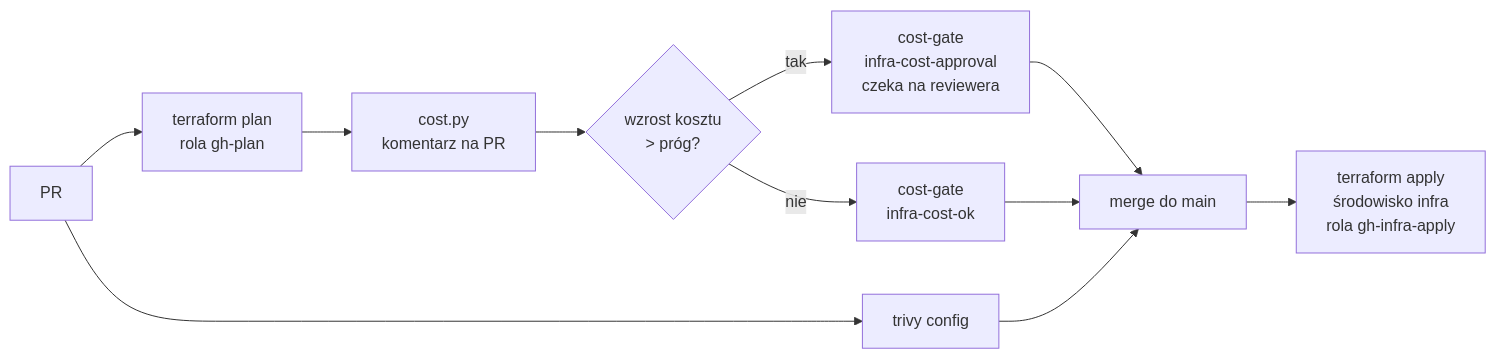
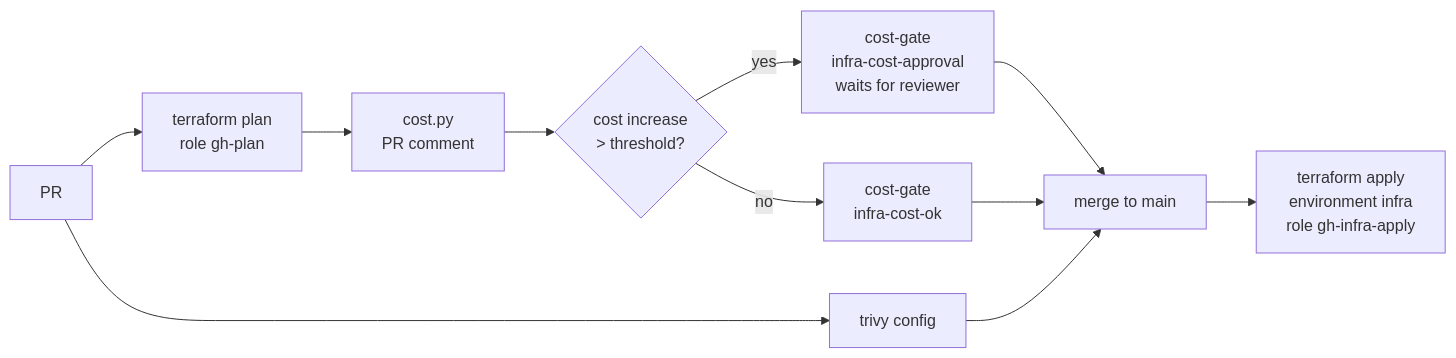
Before and after one commit to marcinbator/ecs-supply-chain: the third of 4 diagrams in docs/architecture.md, drawn with Mermaid. The commit also changed other lines of this file and 6 other files, not shown here.

````diff
--- a/docs/architecture.md
+++ b/docs/architecture.md
@@ -57,8 +57,8 @@
 ```mermaid
 flowchart LR
-  P[PR] --> plan[terraform plan<br>rola gh-plan] --> cost[cost.py<br>komentarz na PR] --> gate{wzrost kosztu<br>> próg?}
-  gate -->|tak| ap[cost-gate<br>infra-cost-approval<br>czeka na reviewera]
-  gate -->|nie| ok[cost-gate<br>infra-cost-ok]
+  P[PR] --> plan[terraform plan<br>role gh-plan] --> cost[cost.py<br>PR comment] --> gate{cost increase<br>> threshold?}
+  gate -->|yes| ap[cost-gate<br>infra-cost-approval<br>waits for reviewer]
+  gate -->|no| ok[cost-gate<br>infra-cost-ok]
   P --> trivy[trivy config]
-  ap & ok & trivy --> merge[merge do main] --> apply[terraform apply<br>środowisko infra<br>rola gh-infra-apply]
+  ap & ok & trivy --> merge[merge to main] --> apply[terraform apply<br>environment infra<br>role gh-infra-apply]
 ```
````
